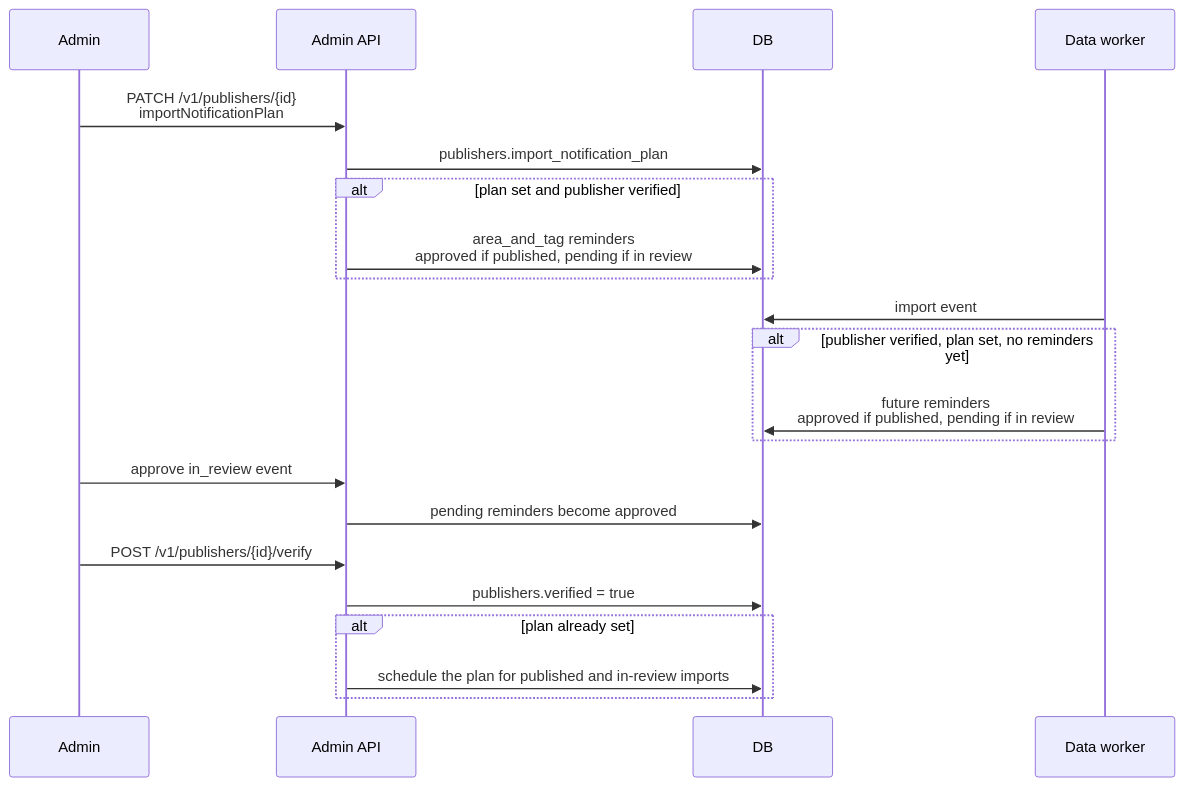
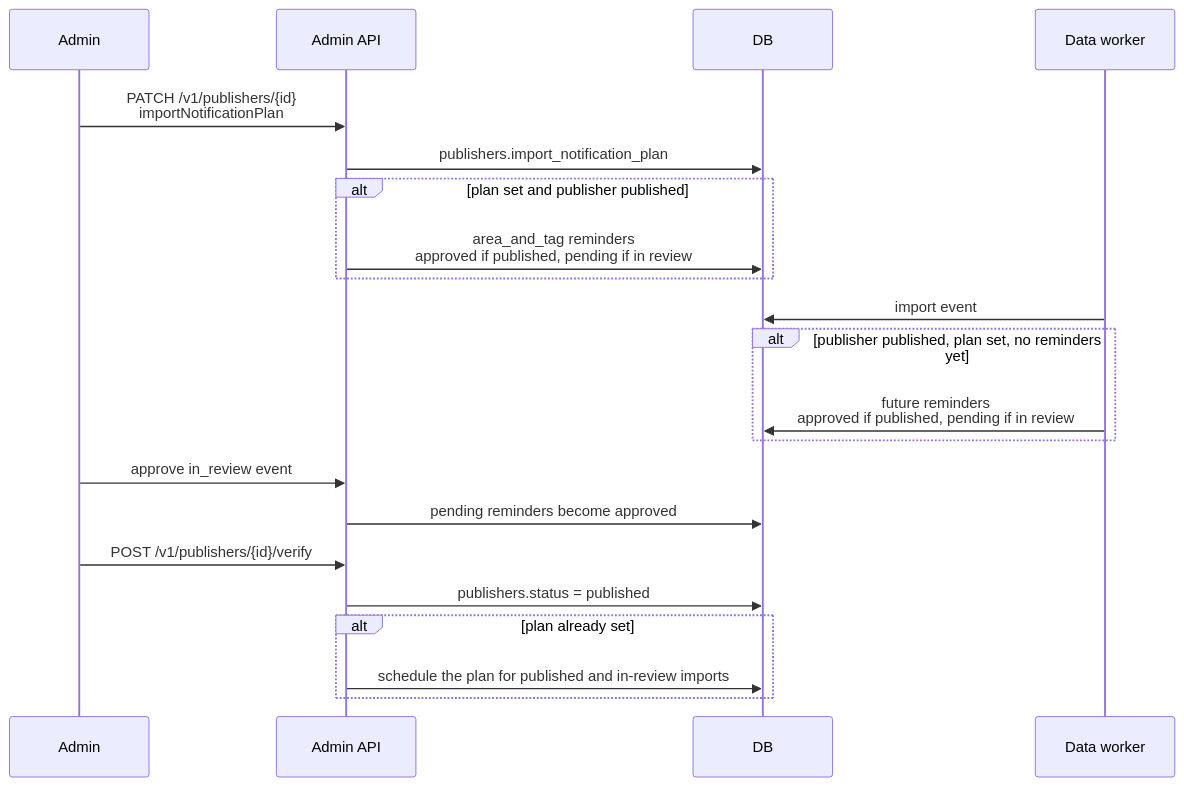
Before and after one commit to BradleySmallbottoms/evently: the diagram in docs/flows/publisher-import-notifications.md, drawn with Mermaid. The commit also changed other lines of this file and 71 other files, not shown here.

First line of the commit message:
Refactor publisher verification status and enhance related UI components

````diff
--- a/docs/flows/publisher-import-notifications.md
+++ b/docs/flows/publisher-import-notifications.md
@@ -6,27 +6,27 @@
 ```mermaid
 sequenceDiagram
   participant Admin
   participant API as Admin API
   participant DB
   participant Worker as Data worker
 
   Admin->>API: PATCH /v1/publishers/{id}<br/>importNotificationPlan
   API->>DB: publishers.import_notification_plan
-  alt plan set and publisher verified
+  alt plan set and publisher published
     API->>DB: area_and_tag reminders<br/>approved if published, pending if in review
   end
 
   Worker->>DB: import event
-  alt publisher verified, plan set, no reminders yet
+  alt publisher published, plan set, no reminders yet
     Worker->>DB: future reminders<br/>approved if published, pending if in review
   end
 
   Admin->>API: approve in_review event
   API->>DB: pending reminders become approved
 
   Admin->>API: POST /v1/publishers/{id}/verify
-  API->>DB: publishers.verified = true
+  API->>DB: publishers.status = published
   alt plan already set
     API->>DB: schedule the plan for published and in-review imports
   end
 ```
````
